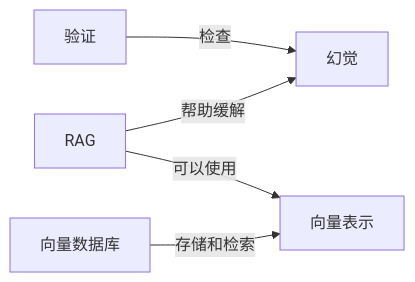
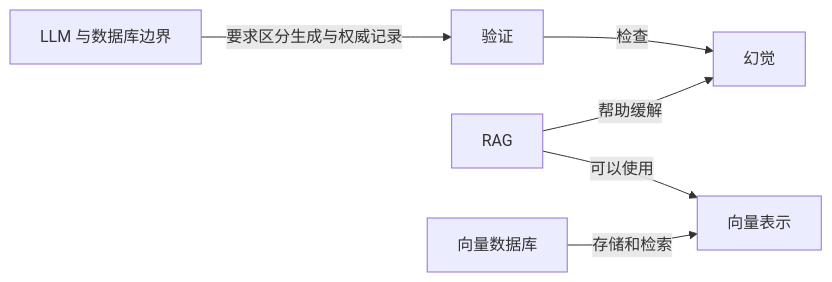
One commit to z-Zihan/LLM-101 changed the fourth of 9 diagrams in 知识网络.md. Above: the diagram before and after it, drawn with Mermaid. The commit also changed other lines of this file and 15 other files, not shown here.

````diff
--- a/知识网络.md
+++ b/知识网络.md
@@ -124,12 +125,14 @@
 ```mermaid
 flowchart LR
     n_hallucination["幻觉"]
     n_verification["验证"]
+    n_database_boundary["LLM 与数据库边界"]
     n_rag["RAG"]
     n_embedding["向量表示"]
     n_vector_database["向量数据库"]
+    n_database_boundary -->|"要求区分生成与权威记录"| n_verification
     n_verification -->|"检查"| n_hallucination
     n_rag -->|"帮助缓解"| n_hallucination
     n_rag -->|"可以使用"| n_embedding
     n_vector_database -->|"存储和检索"| n_embedding
 ```
````
